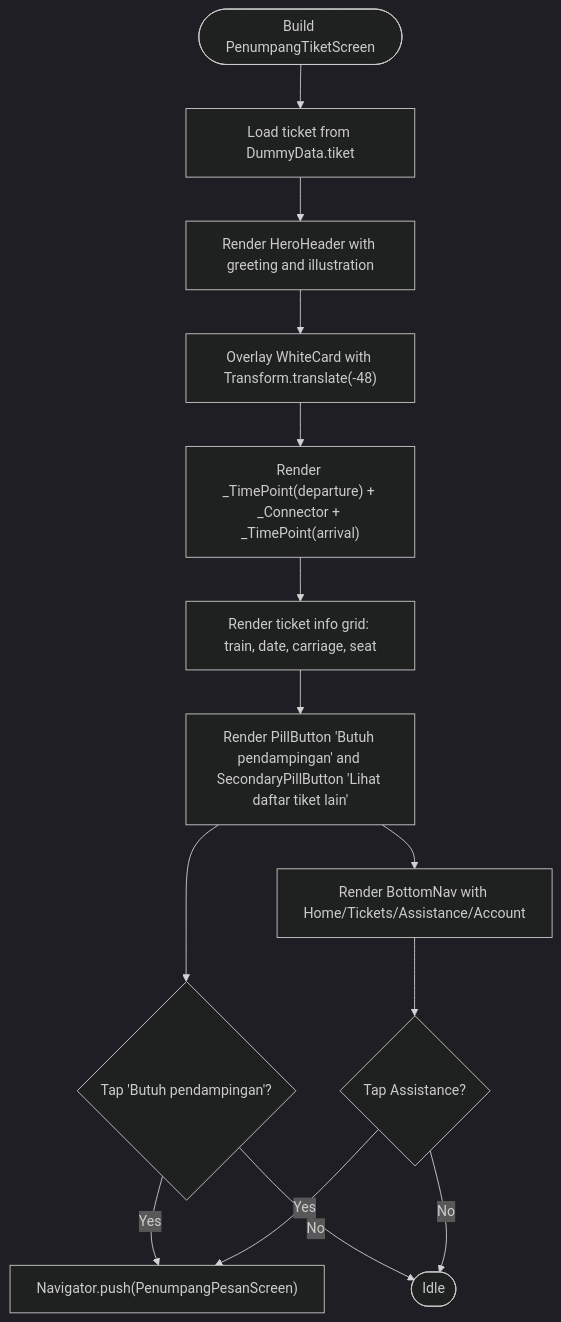
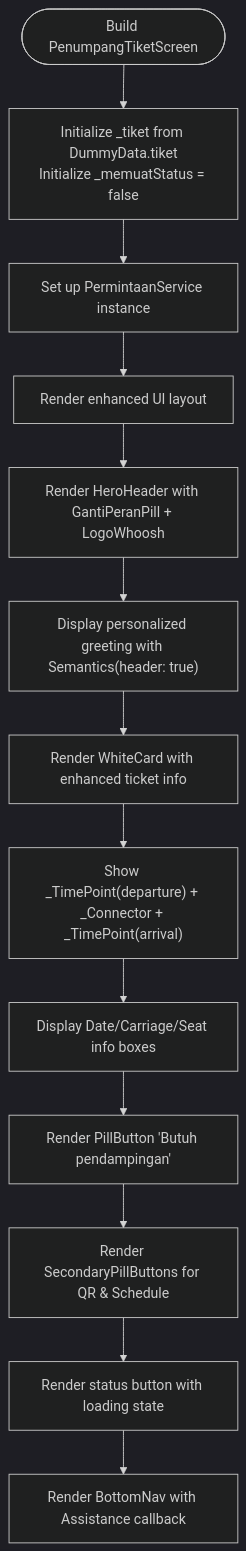
One commit to rdsarjito/whoosh-ramah changed the third of 6 diagrams in .qoder/repowiki/en/content/Mobile Application/Passenger Interface/Ticket Display Screen.md. Above: the diagram before and after it, drawn with Mermaid (dark theme). The commit also changed other lines of this file and 68 other files, not shown here.

````diff
--- a/.qoder/repowiki/en/content/Mobile Application/Passenger Interface/Ticket Display Screen.md
+++ b/.qoder/repowiki/en/content/Mobile Application/Passenger Interface/Ticket Display Screen.md
@@ -150,16 +179,15 @@
 ```mermaid
 flowchart TD
-Start(["Build PenumpangTiketScreen"]) --> LoadData["Load ticket from DummyData.tiket"]
-LoadData --> BuildHero["Render HeroHeader with greeting and illustration"]
-BuildHero --> OverlayCard["Overlay WhiteCard with Transform.translate(-48)"]
-OverlayCard --> TimePoints["Render _TimePoint(departure) + _Connector + _TimePoint(arrival)"]
-TimePoints --> InfoGrid["Render ticket info grid: train, date, carriage, seat"]
-InfoGrid --> Actions["Render PillButton 'Butuh pendampingan' and SecondaryPillButton 'Lihat daftar tiket lain'"]
-Actions --> BottomNav["Render BottomNav with Home/Tickets/Assistance/Account"]
-Actions --> NavigateAssist{"Tap 'Butuh pendampingan'?"}
-NavigateAssist --> |Yes| PushAssist["Navigator.push(PenumpangPesanScreen)"]
-NavigateAssist --> |No| End(["Idle"])
-BottomNav --> AssistTap{"Tap Assistance?"}
-AssistTap --> |Yes| PushAssist
-AssistTap --> |No| End
+Start(["Build PenumpangTiketScreen"]) --> InitState["Initialize _tiket from DummyData.tiket<br/>Initialize _memuatStatus = false"]
+InitState --> LoadService["Set up PermintaanService instance"]
+LoadService --> BuildUI["Render enhanced UI layout"]
+BuildUI --> HeroHeader["Render HeroHeader with GantiPeranPill + LogoWhoosh"]
+HeroHeader --> Greeting["Display personalized greeting with Semantics(header: true)"]
+Greeting --> TicketCard["Render WhiteCard with enhanced ticket info"]
+TicketCard --> Timeline["Show _TimePoint(departure) + _Connector + _TimePoint(arrival)"]
+Timeline --> InfoGrid["Display Date/Carriage/Seat info boxes"]
+InfoGrid --> Actions["Render PillButton 'Butuh pendampingan'"]
+Actions --> SecondaryActions["Render SecondaryPillButtons for QR & Schedule"]
+SecondaryActions --> StatusBtn["Render status button with loading state"]
+StatusBtn --> BottomNav["Render BottomNav with Assistance callback"]
 ```
````
